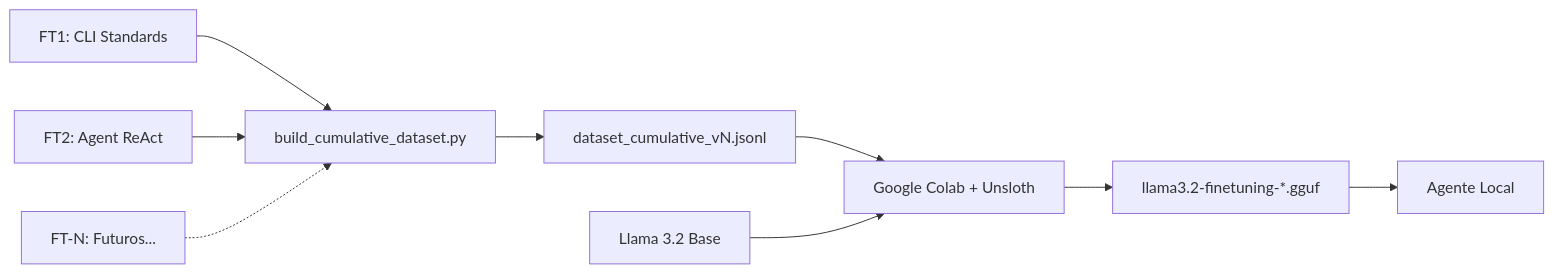
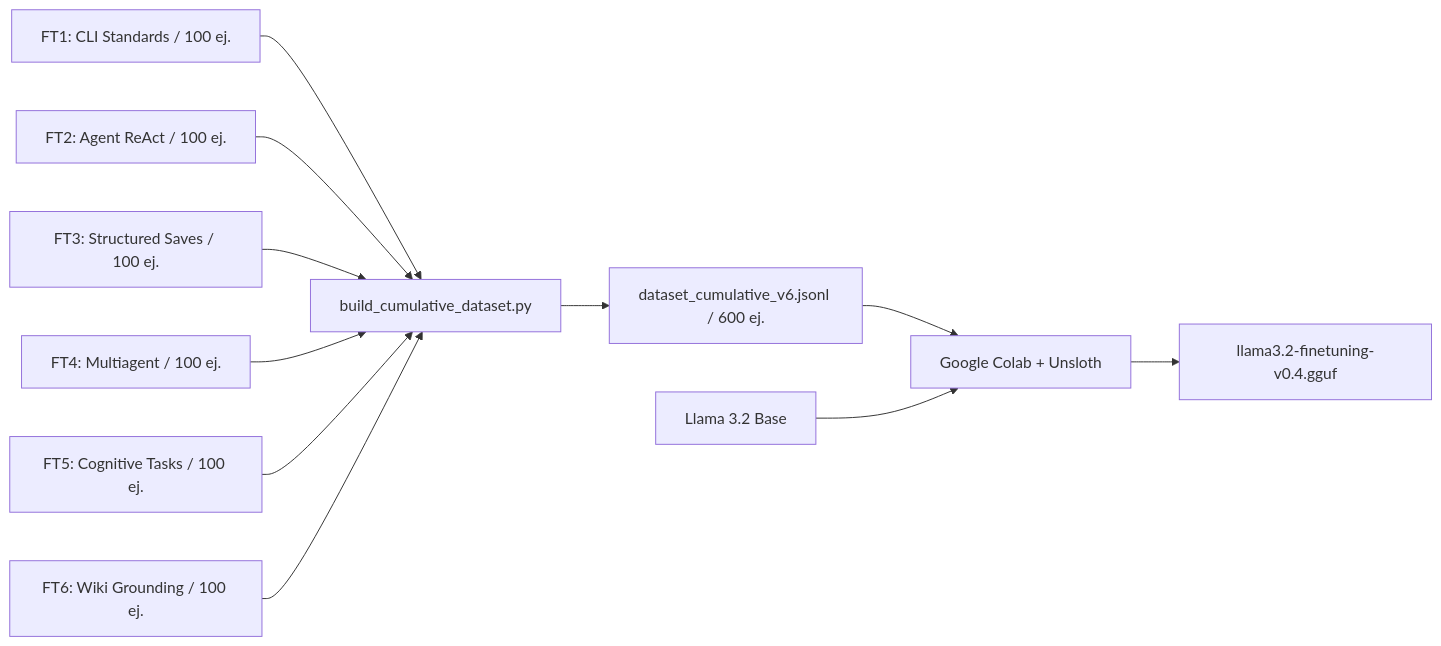
Before and after one commit to apk-modpack/amy: the second of 2 diagrams in docs/ARCHITECTURE.md, drawn with Mermaid. The commit also changed other lines of this file and 48 other files, not shown here.

Commit message:
feat: complete iterations 10 to 14 (multiagent network, task list, wiki grounding FT4-FT6, and async message queue)

````diff
--- a/docs/ARCHITECTURE.md
+++ b/docs/ARCHITECTURE.md
@@ -103,11 +175,13 @@
 ```mermaid
 graph LR
-    FT1[FT1: CLI Standards] --> MERGE[build_cumulative_dataset.py]
-    FT2[FT2: Agent ReAct] --> MERGE
-    FTN[FT-N: Futuros...] -.-> MERGE
-    MERGE --> CUM[dataset_cumulative_vN.jsonl]
+    FT1[FT1: CLI Standards / 100 ej.] --> MERGE[build_cumulative_dataset.py]
+    FT2[FT2: Agent ReAct / 100 ej.] --> MERGE
+    FT3[FT3: Structured Saves / 100 ej.] --> MERGE
+    FT4[FT4: Multiagent / 100 ej.] --> MERGE
+    FT5[FT5: Cognitive Tasks / 100 ej.] --> MERGE
+    FT6[FT6: Wiki Grounding / 100 ej.] --> MERGE
+    MERGE --> CUM[dataset_cumulative_v6.jsonl / 600 ej.]
     CUM --> COLAB[Google Colab + Unsloth]
     BASE[Llama 3.2 Base] --> COLAB
-    COLAB --> GGUF[llama3.2-finetuning-*.gguf]
-    GGUF --> AGENT[Agente Local]
+    COLAB --> GGUF[llama3.2-finetuning-v0.4.gguf]
 ```
````
